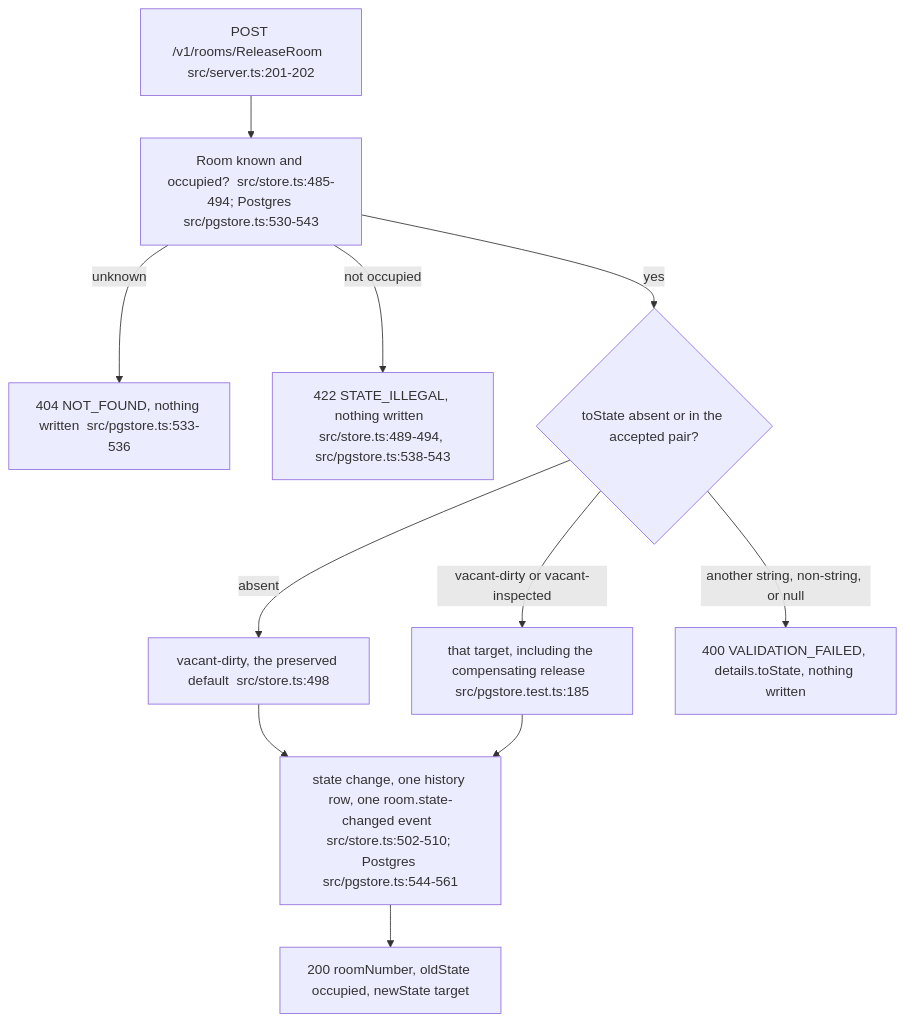
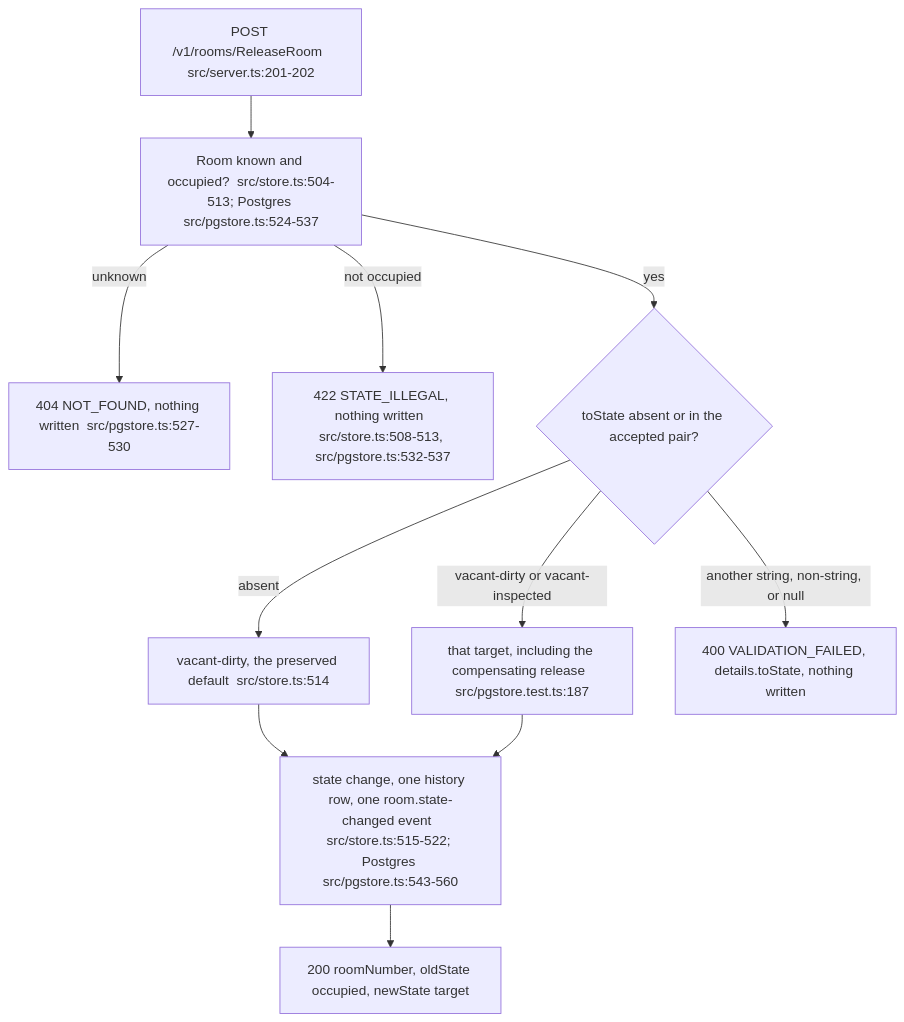
One commit to MingChen1501/hotel-mgmt changed the sixth of 6 diagrams in docs/architecture/services/rooms.md. Above: the diagram before and after it, drawn with Mermaid. The commit also changed other lines of this file and 24 other files, not shown here.

First line of the commit message:
fix(rooms): Accept only the two ReleaseRoom release targets (#804)

````diff
--- a/docs/architecture/services/rooms.md
+++ b/docs/architecture/services/rooms.md
@@ -417,13 +422,13 @@
 ```mermaid
 flowchart TD
-    A[POST /v1/rooms/ReleaseRoom  src/server.ts:201-202] --> B[Room known and occupied?  src/store.ts:485-494; Postgres src/pgstore.ts:530-543]
-    B -- unknown --> Z1[404 NOT_FOUND, nothing written  src/pgstore.ts:533-536]
-    B -- not occupied --> Z2[422 STATE_ILLEGAL, nothing written  src/store.ts:489-494, src/pgstore.ts:538-543]
+    A[POST /v1/rooms/ReleaseRoom  src/server.ts:201-202] --> B[Room known and occupied?  src/store.ts:504-513; Postgres src/pgstore.ts:524-537]
+    B -- unknown --> Z1[404 NOT_FOUND, nothing written  src/pgstore.ts:527-530]
+    B -- not occupied --> Z2[422 STATE_ILLEGAL, nothing written  src/store.ts:508-513, src/pgstore.ts:532-537]
     B -- yes --> C{toState absent or in the accepted pair?}
-    C -- absent --> T1[vacant-dirty, the preserved default  src/store.ts:498]
-    C -- vacant-dirty or vacant-inspected --> T2[that target, including the compensating release  src/pgstore.test.ts:185]
+    C -- absent --> T1[vacant-dirty, the preserved default  src/store.ts:514]
+    C -- vacant-dirty or vacant-inspected --> T2[that target, including the compensating release  src/pgstore.test.ts:187]
     C -- another string, non-string, or null --> R[400 VALIDATION_FAILED, details.toState, nothing written]
-    T1 --> W[state change, one history row, one room.state-changed event  src/store.ts:502-510; Postgres src/pgstore.ts:544-561]
+    T1 --> W[state change, one history row, one room.state-changed event  src/store.ts:515-522; Postgres src/pgstore.ts:543-560]
     T2 --> W
     W --> OK[200 roomNumber, oldState occupied, newState target]
 ```
````
